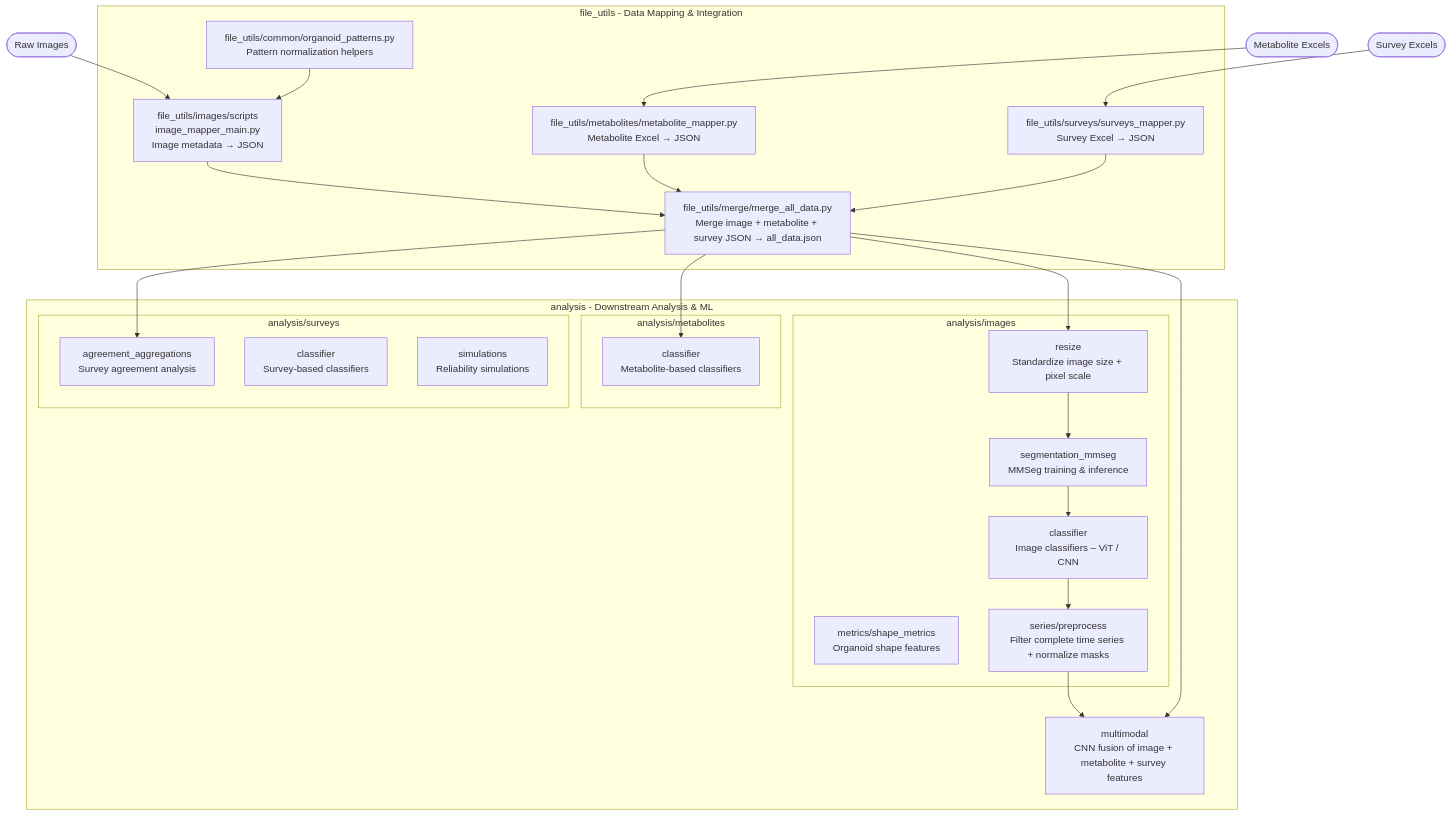
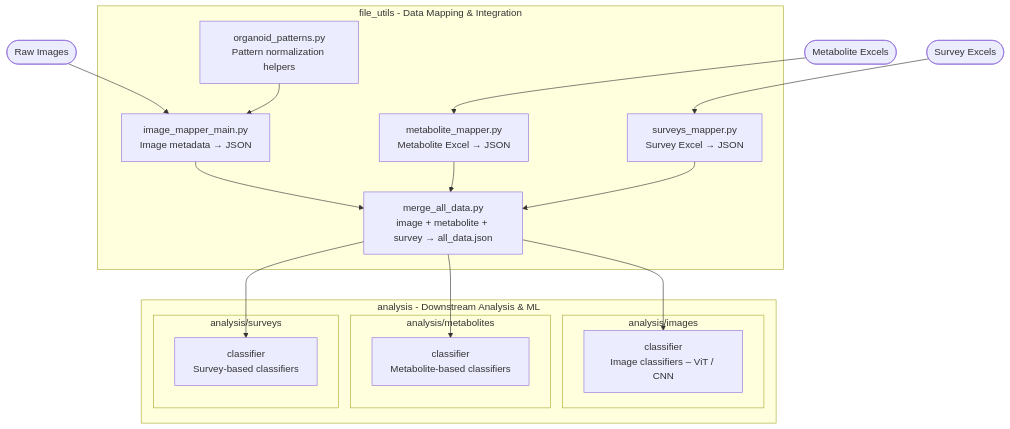
The diagram in README.md (dsi-clinic/2025-promega-mini-test), drawn with Mermaid before and after one commit.

Commit message:
Fix flow chart to reflect current state

````diff
--- a/README.md
+++ b/README.md
@@ -25,59 +25,45 @@
 ```mermaid
 flowchart TD
     %% ========= INPUT STAGE ========= %%
     A1([Raw Images])
     A2([Metabolite Excels])
     A3([Survey Excels])
 
     %% ========= FILE_UTILS PROCESSING ========= %%
     subgraph B[file_utils - Data Mapping & Integration]
-        B1[file_utils/images/scripts<br/>image_mapper_main.py<br/>Image metadata → JSON]
-        B1b[file_utils/common/organoid_patterns.py<br/>Pattern normalization helpers]
-        B2[file_utils/metabolites/metabolite_mapper.py<br/>Metabolite Excel → JSON]
-        B3[file_utils/surveys/surveys_mapper.py<br/>Survey Excel → JSON]
-        B4[file_utils/merge/merge_all_data.py<br/>Merge image + metabolite + survey JSON → all_data.json]
+        B1[image_mapper_main.py</br>Image metadata → JSON]
+        B1b[organoid_patterns.py<br/>Pattern normalization helpers]
+        B2[metabolite_mapper.py<br/>Metabolite Excel → JSON]
+        B3[surveys_mapper.py<br/>Survey Excel → JSON]
+        B4[merge_all_data.py<br/>image + metabolite + survey → all_data.json]
     end
 
     %% ========= ANALYSIS PIPELINE ========= %%
     subgraph C[analysis - Downstream Analysis & ML]
         subgraph C1[analysis/images]
-            C11[resize<br/>Standardize image size + pixel scale]
-            C12[metrics/shape_metrics<br/>Organoid shape features]
-            C13[segmentation_mmseg<br/>MMSeg training & inference]
-            C14[classifier<br/>Image classifiers – ViT / CNN]
-            C15[series/preprocess<br/>Filter complete time series + normalize masks]
+            C10[classifier<br/>Image classifiers – ViT / CNN]
         end
 
         subgraph C2[analysis/metabolites]
-            C21[classifier<br/>Metabolite-based classifiers]
+            C20[classifier<br/>Metabolite-based classifiers]
         end
 
         subgraph C3[analysis/surveys]
-            C31[agreement_aggregations<br/>Survey agreement analysis]
-            C32[classifier<br/>Survey-based classifiers]
-            C33[simulations<br/>Reliability simulations]
+            C30[classifier<br/>Survey-based classifiers]
         end
-
-        C4[multimodal<br/>CNN fusion of image + metabolite + survey features]
     end
 
     %% ========= DATA FLOW ========= %%
     A1 --> B1
     B1b --> B1
     A2 --> B2
     A3 --> B3
     B1 --> B4
     B2 --> B4
     B3 --> B4
 
     %% From merged data to analyses
-    B4 --> C11
-    C11 --> C13
-    C13 --> C14
-    C14 --> C15
-    C15 --> C4
-
-    B4 --> C21
-    B4 --> C31
-    B4 --> C4
+    B4 --> C10
+    B4 --> C20
+    B4 --> C30
 ```
````
